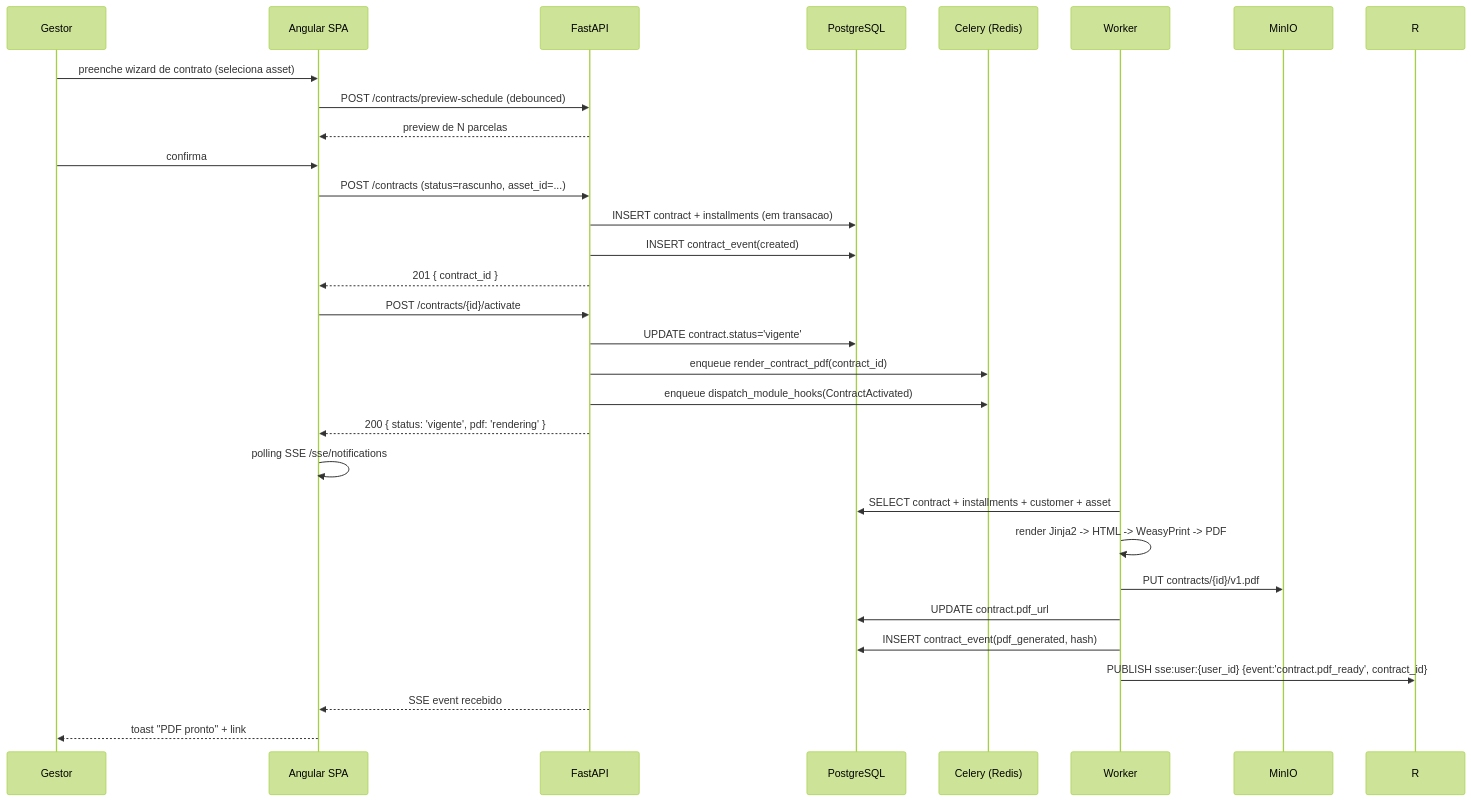
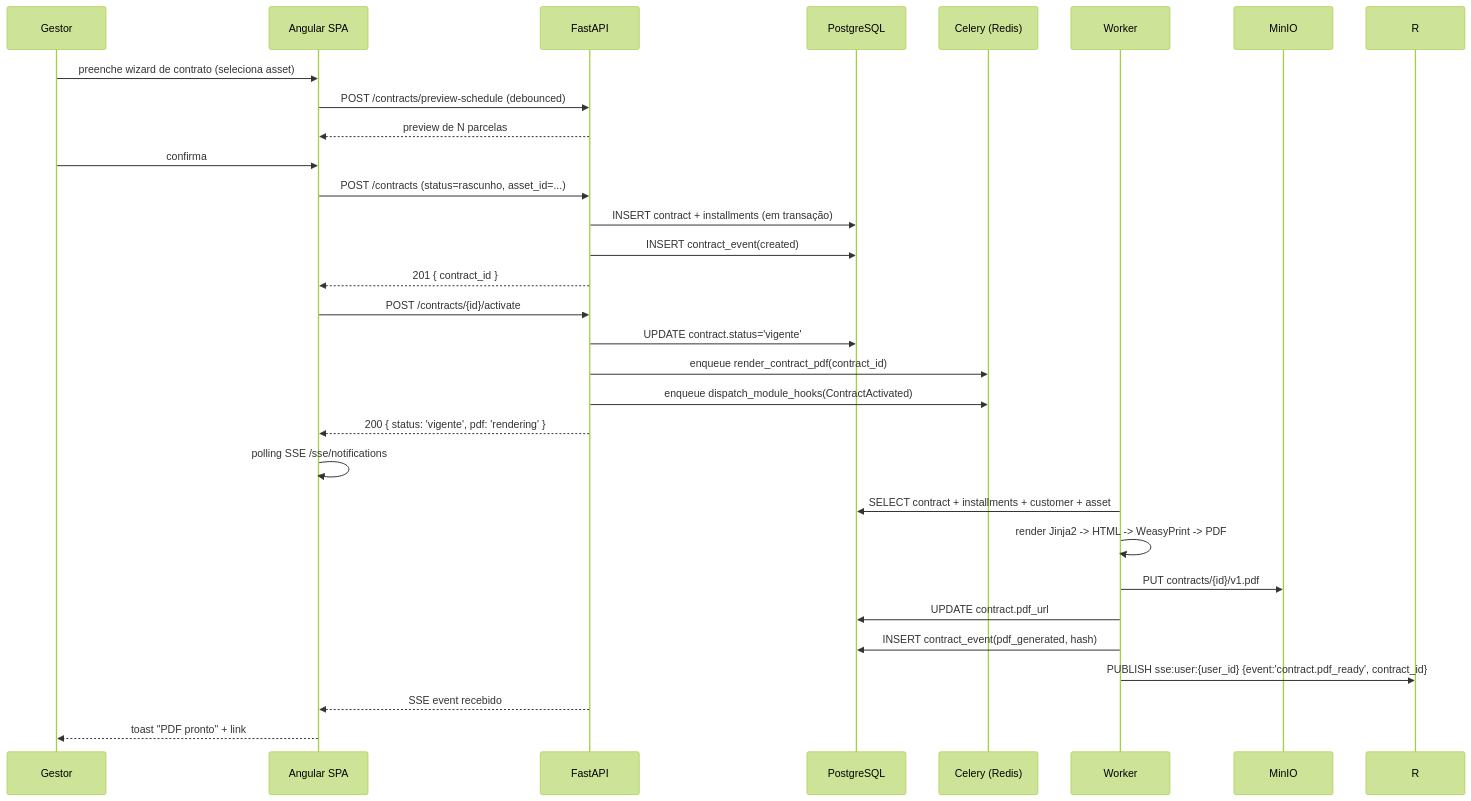
Before and after one commit to psoliveira80/pagarpro: the seventh of 13 diagrams in _bmad-output/planning-artifacts/ARCHITECTURE.md, drawn with Mermaid (forest theme). The commit also changed other lines of this file and 18 other files, not shown here.

First line of the commit message:
docs: Story 12.9 — traducao PT-BR de PRD, ARCHITECTURE, epics e stories Epic 10/11

````diff
--- a/_bmad-output/planning-artifacts/ARCHITECTURE.md
+++ b/_bmad-output/planning-artifacts/ARCHITECTURE.md
@@ -1762,33 +1762,33 @@
 ```mermaid
 sequenceDiagram
     participant U as Gestor
     participant W as Angular SPA
     participant A as FastAPI
     participant DB as PostgreSQL
     participant Q as Celery (Redis)
     participant K as Worker
     participant S as MinIO
 
     U->>W: preenche wizard de contrato (seleciona asset)
     W->>A: POST /contracts/preview-schedule (debounced)
     A-->>W: preview de N parcelas
     U->>W: confirma
     W->>A: POST /contracts (status=rascunho, asset_id=...)
-    A->>DB: INSERT contract + installments (em transacao)
+    A->>DB: INSERT contract + installments (em transação)
     A->>DB: INSERT contract_event(created)
     A-->>W: 201 { contract_id }
     W->>A: POST /contracts/{id}/activate
     A->>DB: UPDATE contract.status='vigente'
     A->>Q: enqueue render_contract_pdf(contract_id)
     A->>Q: enqueue dispatch_module_hooks(ContractActivated)
     A-->>W: 200 { status: 'vigente', pdf: 'rendering' }
     W->>W: polling SSE /sse/notifications
     K->>DB: SELECT contract + installments + customer + asset
     K->>K: render Jinja2 -> HTML -> WeasyPrint -> PDF
     K->>S: PUT contracts/{id}/v1.pdf
     K->>DB: UPDATE contract.pdf_url
     K->>DB: INSERT contract_event(pdf_generated, hash)
     K->>R: PUBLISH sse:user:{user_id} {event:'contract.pdf_ready', contract_id}
     A-->>W: SSE event recebido
     W-->>U: toast "PDF pronto" + link
 ```
````
